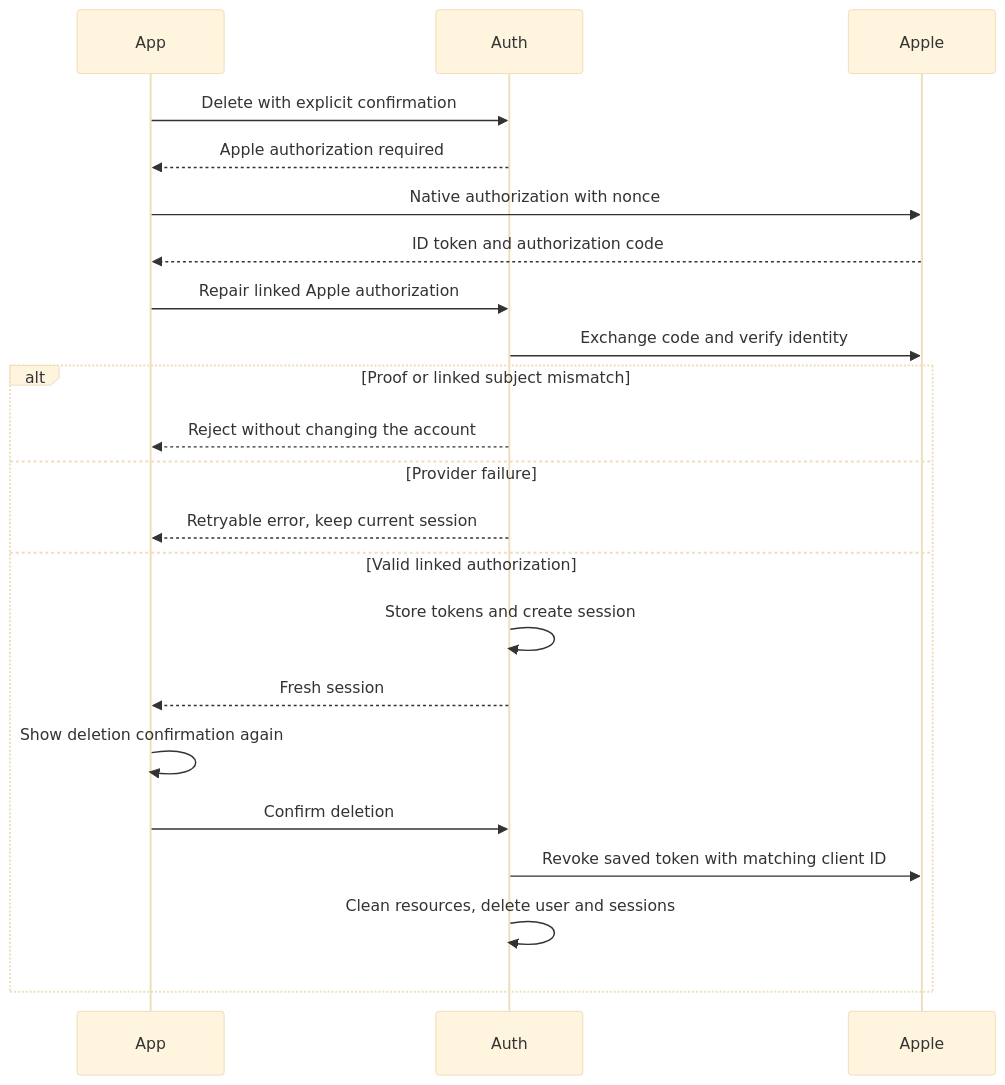
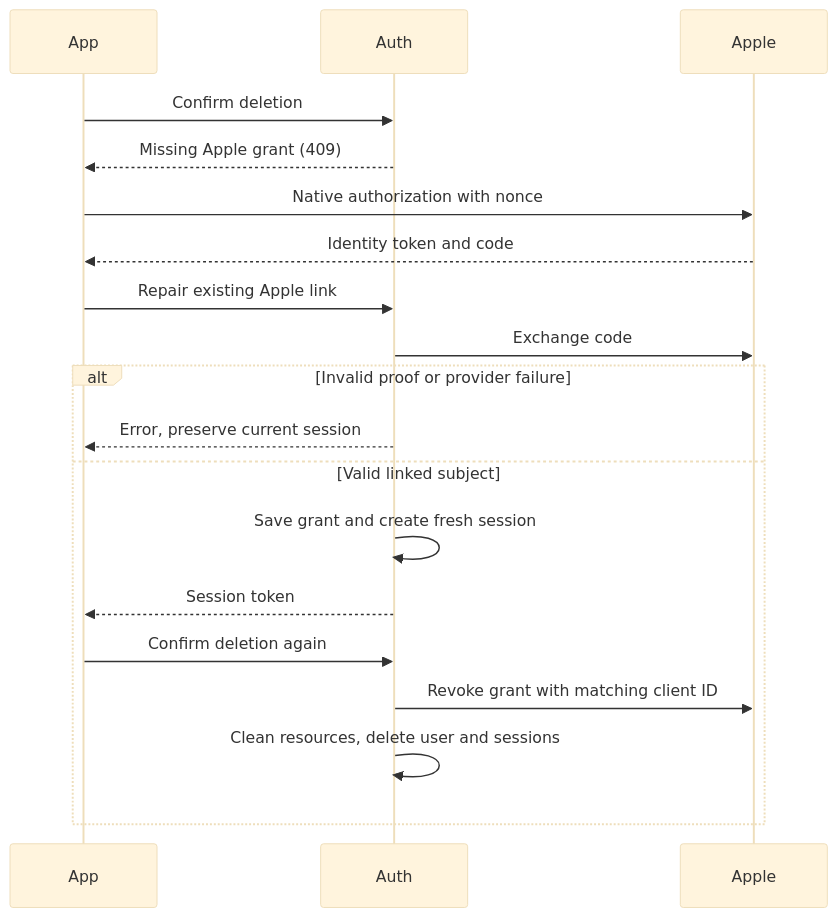
The diagram in server/docs/ai/adr/2026-10-15-native-apple-revocation.md (moeru-ai/airi), drawn with Mermaid (base theme) before and after one commit. The commit also changed other lines of this file and 5 other files, not shown here.

Commit message:
refactor(auth): simplify native Apple authorization scope

````diff
--- a/server/docs/ai/adr/2026-10-15-native-apple-revocation.md
+++ b/server/docs/ai/adr/2026-10-15-native-apple-revocation.md
@@ -70,24 +29,21 @@
 ```mermaid
 sequenceDiagram
   participant App
   participant Auth
   participant Apple
-  App->>Auth: Delete with explicit confirmation
-  Auth-->>App: Apple authorization required
+  App->>Auth: Confirm deletion
+  Auth-->>App: Missing Apple grant (409)
   App->>Apple: Native authorization with nonce
-  Apple-->>App: ID token and authorization code
-  App->>Auth: Repair linked Apple authorization
-  Auth->>Apple: Exchange code and verify identity
-  alt Proof or linked subject mismatch
-    Auth-->>App: Reject without changing the account
-  else Provider failure
-    Auth-->>App: Retryable error, keep current session
-  else Valid linked authorization
-    Auth->>Auth: Store tokens and create session
-    Auth-->>App: Fresh session
-    App->>App: Show deletion confirmation again
-    App->>Auth: Confirm deletion
-    Auth->>Apple: Revoke saved token with matching client ID
+  Apple-->>App: Identity token and code
+  App->>Auth: Repair existing Apple link
+  Auth->>Apple: Exchange code
+  alt Invalid proof or provider failure
+    Auth-->>App: Error, preserve current session
+  else Valid linked subject
+    Auth->>Auth: Save grant and create fresh session
+    Auth-->>App: Session token
+    App->>Auth: Confirm deletion again
+    Auth->>Apple: Revoke grant with matching client ID
     Auth->>Auth: Clean resources, delete user and sessions
   end
 ```
````
